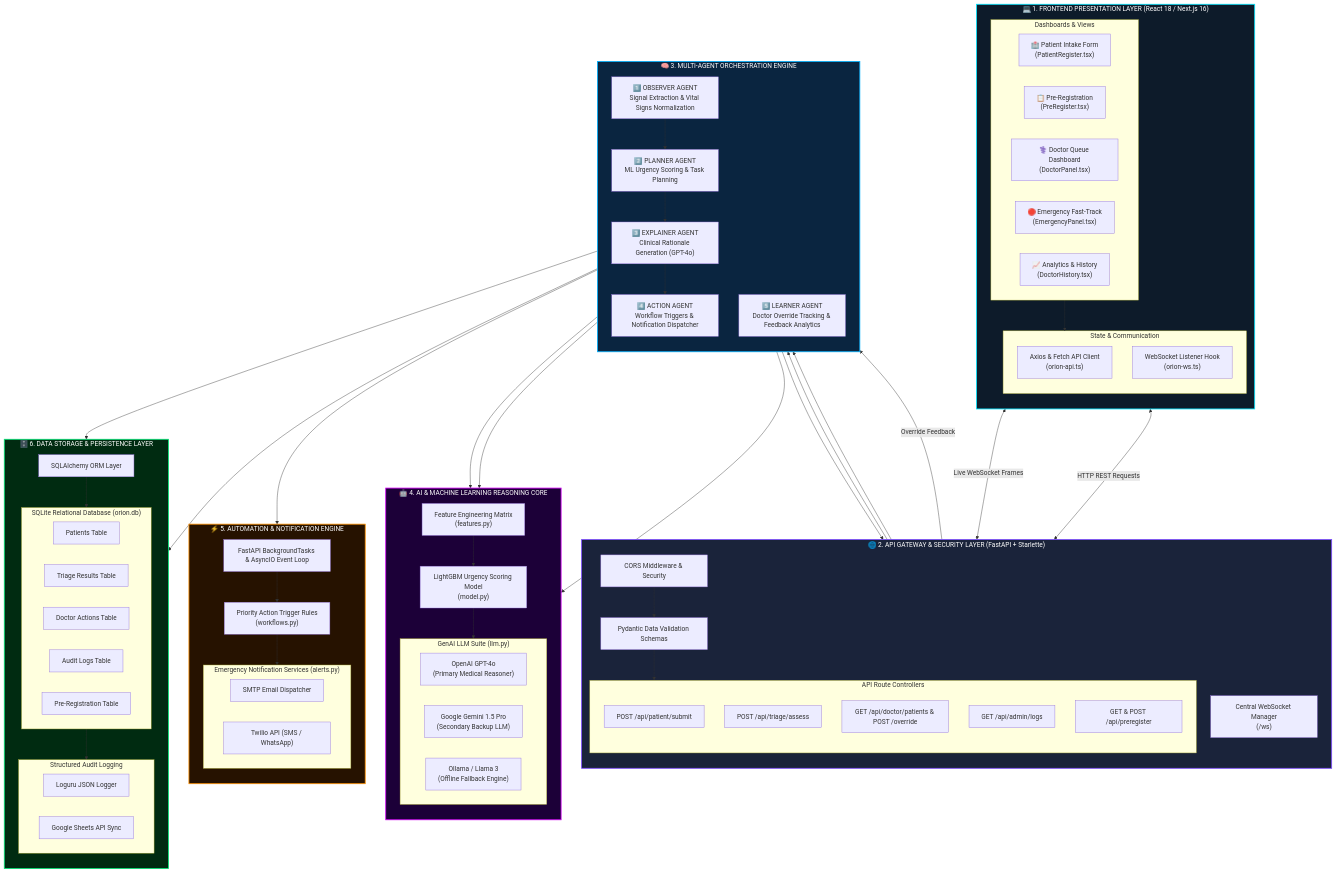
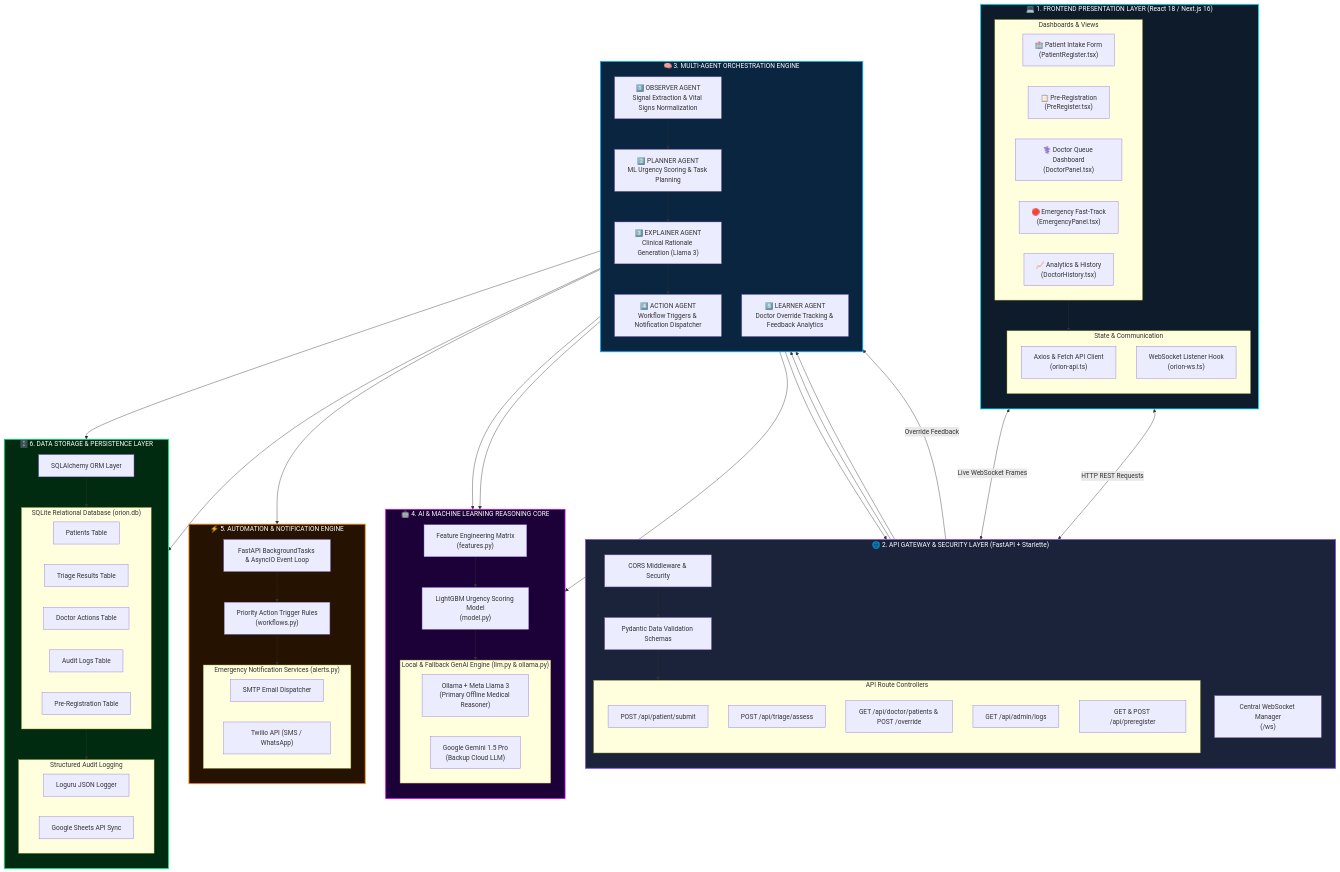
The first of 2 diagrams in README.md (AARAV-git/orion-backend), drawn with Mermaid before and after one commit. The commit also changed other lines of this file, not shown here.

Commit message:
docs: replace OpenAI references with Ollama Llama 3 and fix license badge URL

```diff
--- a/README.md
+++ b/README.md
@@ -106,7 +106,7 @@
         direction TB
         Observer["1️⃣ OBSERVER AGENT<br/>Signal Extraction & Vital Signs Normalization"]
         Planner["2️⃣ PLANNER AGENT<br/>ML Urgency Scoring & Task Planning"]
-        Explainer["3️⃣ EXPLAINER AGENT<br/>Clinical Rationale Generation (GPT-4o)"]
+        Explainer["3️⃣ EXPLAINER AGENT<br/>Clinical Rationale Generation (Llama 3)"]
         Action["4️⃣ ACTION AGENT<br/>Workflow Triggers & Notification Dispatcher"]
         Learner["5️⃣ LEARNER AGENT<br/>Doctor Override Tracking & Feedback Analytics"]
 
@@ -119,10 +119,9 @@
         direction TB
         FeatureEng["Feature Engineering Matrix<br/>(features.py)"]
         MLModel["LightGBM Urgency Scoring Model<br/>(model.py)"]
-        subgraph LLM_SUITE ["GenAI LLM Suite (llm.py)"]
-            GPT4["OpenAI GPT-4o<br/>(Primary Medical Reasoner)"]
-            Gemini["Google Gemini 1.5 Pro<br/>(Secondary Backup LLM)"]
-            Ollama["Ollama / Llama 3<br/>(Offline Fallback Engine)"]
+        subgraph LLM_SUITE ["Local & Fallback GenAI Engine (llm.py & ollama.py)"]
+            Ollama["Ollama + Meta Llama 3<br/>(Primary Offline Medical Reasoner)"]
+            Gemini["Google Gemini 1.5 Pro<br/>(Backup Cloud LLM)"]
         end
 
         FeatureEng --> MLModel
```
